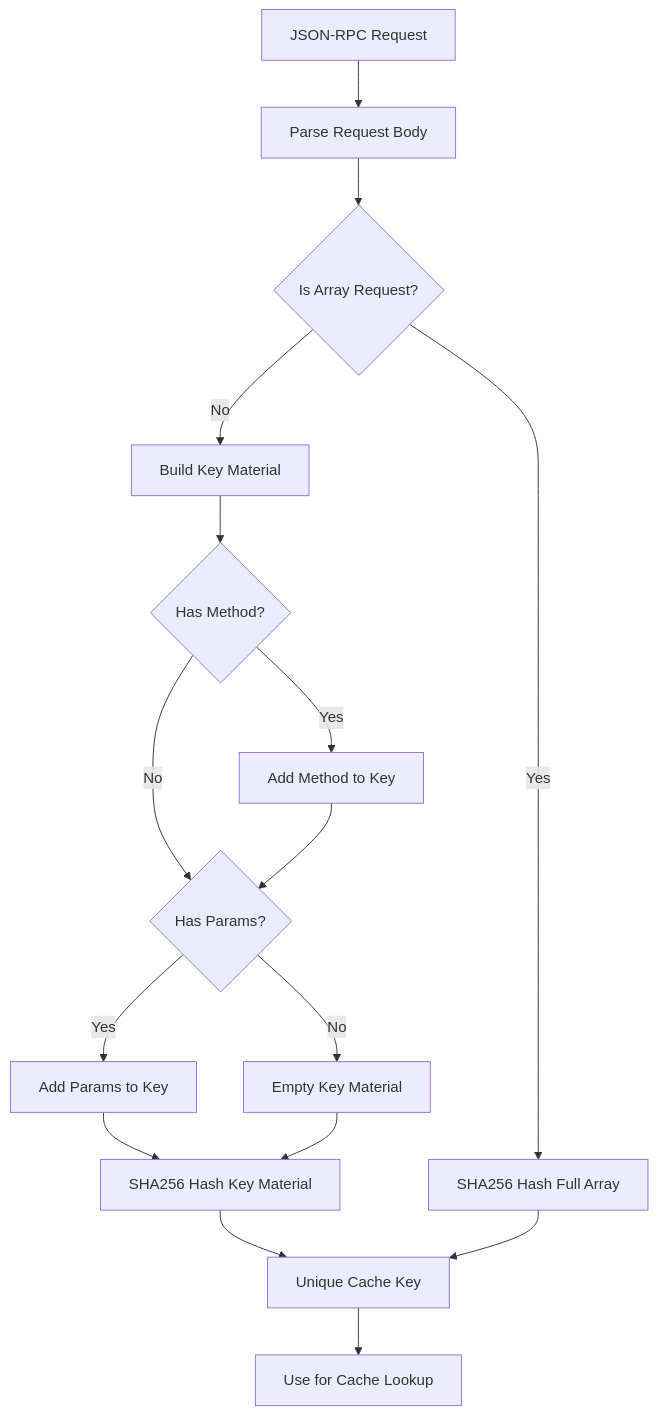
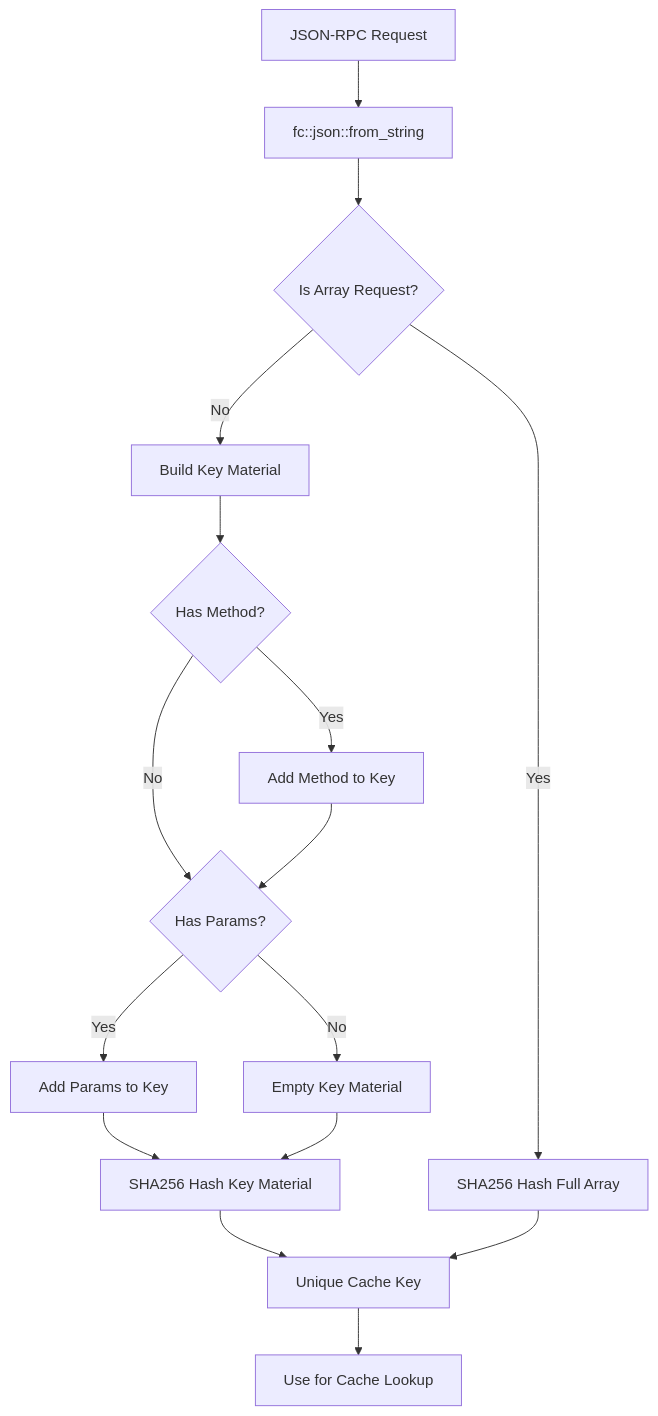
The fifth of 12 diagrams in .qoder/repowiki/en/content/Webserver Plugin.md (VIZ-Blockchain/viz-cpp-node), drawn with Mermaid before and after one commit. The commit also changed other lines of this file and 1 other file, not shown here.

First line of the commit message:
perf(webserver): improve JSON-RPC caching with fc::variant-based parsing

````diff
--- a/.qoder/repowiki/en/content/Webserver Plugin.md
+++ b/.qoder/repowiki/en/content/Webserver Plugin.md
@@ -227,18 +240,18 @@
 ```mermaid
 flowchart TD
-Request[JSON-RPC Request] --> Parse[Parse Request Body]
+Request[JSON-RPC Request] --> Parse[fc::json::from_string]
 Parse --> Batch{Is Array Request?}
 Batch --> |Yes| FullHash[SHA256 Hash Full Array]
 Batch --> |No| BuildKey[Build Key Material]
 BuildKey --> Method{Has Method?}
 Method --> |Yes| AddMethod[Add Method to Key]
 Method --> |No| ParamsCheck{Has Params?}
 AddMethod --> ParamsCheck
 ParamsCheck --> |Yes| AddParams[Add Params to Key]
 ParamsCheck --> |No| EmptyKey[Empty Key Material]
 AddParams --> HashKey[SHA256 Hash Key Material]
 EmptyKey --> HashKey
 HashKey --> CacheKey[Unique Cache Key]
 FullHash --> CacheKey
 CacheKey --> UseKey[Use for Cache Lookup]
 ```
````
